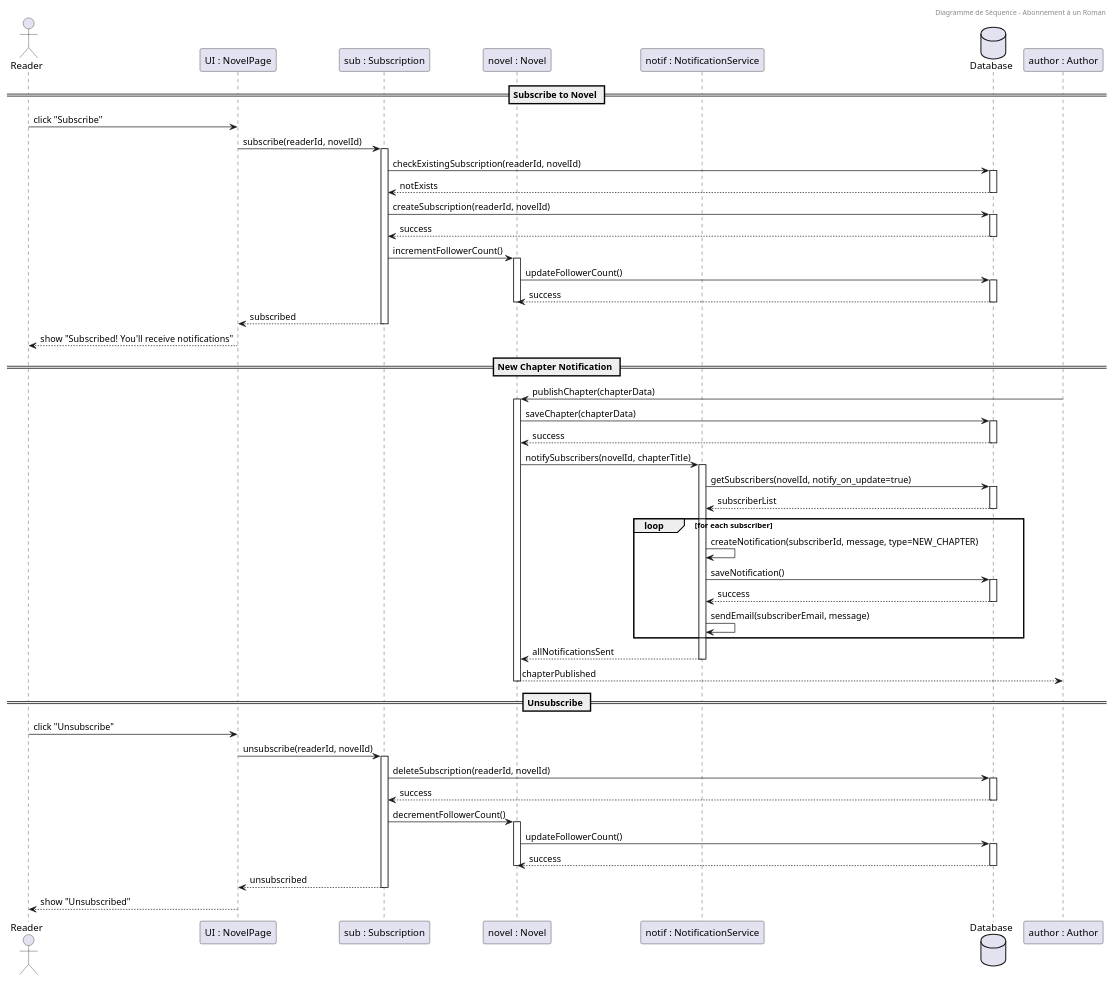
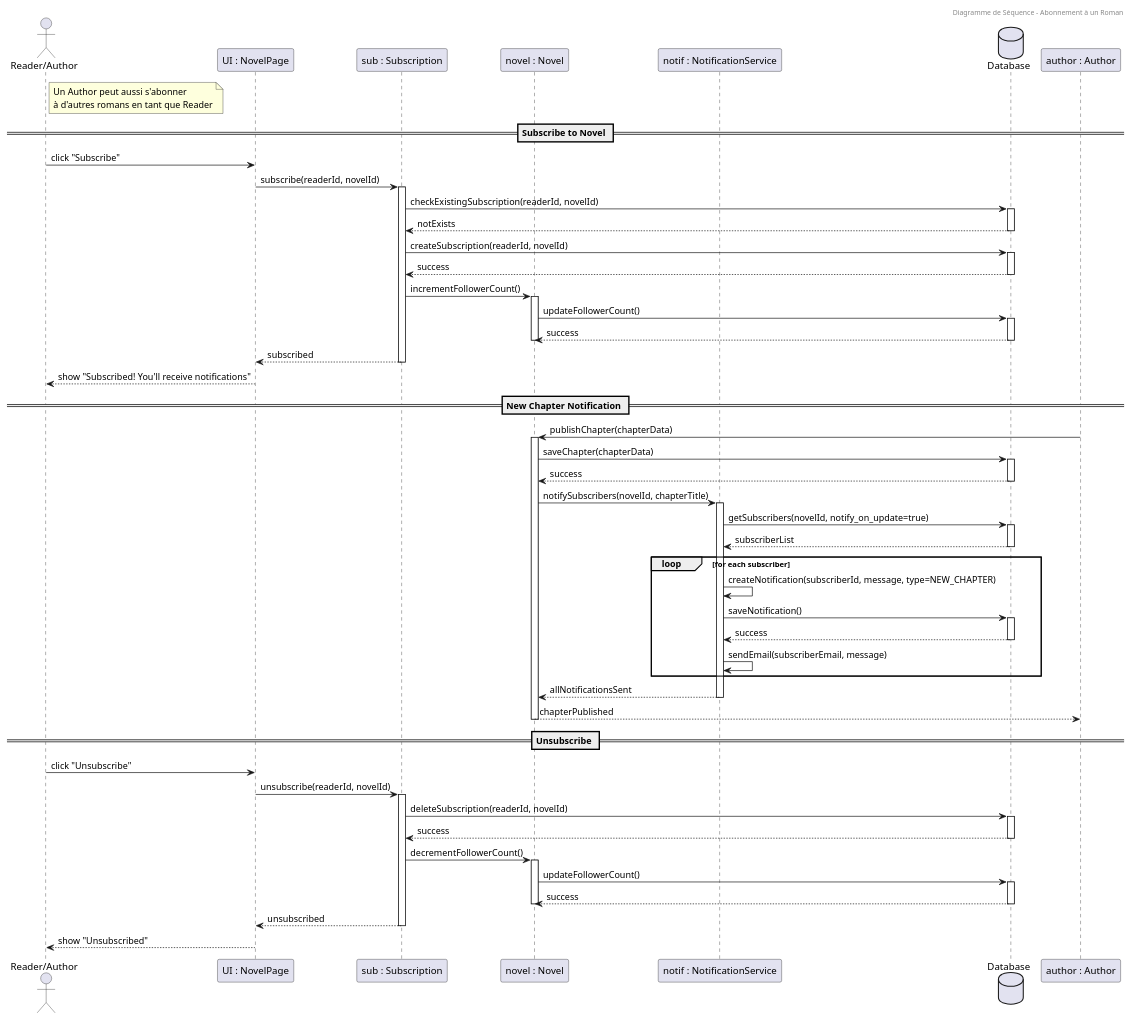
Before and after one commit to matthieuzajac/UML_project: the diagram in src/Sequence/subscription.wsd, drawn with PlantUML. The commit also changed 9 other files, not shown here.

Commit message:
Modify UML diagrams: Author inherits from Reader and simplify Use Case diagram

```diff
--- a/src/Sequence/subscription.wsd
+++ b/src/Sequence/subscription.wsd
@@ -1,94 +1,99 @@
 @startuml sequence diagram subscription
 header Diagramme de Séquence - Abonnement à un Roman
-actor Reader as R
+actor "Reader/Author" as R
 participant "UI : NovelPage" as UI
 participant "sub : Subscription" as SUB
 participant "novel : Novel" as N
 participant "notif : NotificationService" as NS
 database "Database" as DB
+
+note right of R
+  Un Author peut aussi s'abonner
+  à d'autres romans en tant que Reader
+end note
 
 == Subscribe to Novel ==
 R -> UI : click "Subscribe"
 UI -> SUB : subscribe(readerId, novelId)
 activate SUB
 
 SUB -> DB : checkExistingSubscription(readerId, novelId)
 activate DB
 DB --> SUB : notExists
 deactivate DB
 
 SUB -> DB : createSubscription(readerId, novelId)
 activate DB
 DB --> SUB : success
 deactivate DB
 
 SUB -> N : incrementFollowerCount()
 activate N
 N -> DB : updateFollowerCount()
 activate DB
 DB --> N : success
 deactivate DB
 deactivate N
 
 SUB --> UI : subscribed
 deactivate SUB
 UI --> R : show "Subscribed! You'll receive notifications"
 
 == New Chapter Notification ==
 participant "author : Author" as A
 
 A -> N : publishChapter(chapterData)
 activate N
 
 N -> DB : saveChapter(chapterData)
 activate DB
 DB --> N : success
 deactivate DB
 
 N -> NS : notifySubscribers(novelId, chapterTitle)
 activate NS
 
 NS -> DB : getSubscribers(novelId, notify_on_update=true)
 activate DB
 DB --> NS : subscriberList
 deactivate DB
 
 loop for each subscriber
     NS -> NS : createNotification(subscriberId, message, type=NEW_CHAPTER)
     NS -> DB : saveNotification()
     activate DB
     DB --> NS : success
     deactivate DB
     
     NS -> NS : sendEmail(subscriberEmail, message)
 end
 
 NS --> N : allNotificationsSent
 deactivate NS
 
 N --> A : chapterPublished
 deactivate N
 
 == Unsubscribe ==
 R -> UI : click "Unsubscribe"
 UI -> SUB : unsubscribe(readerId, novelId)
 activate SUB
 
 SUB -> DB : deleteSubscription(readerId, novelId)
 activate DB
 DB --> SUB : success
 deactivate DB
 
 SUB -> N : decrementFollowerCount()
 activate N
 N -> DB : updateFollowerCount()
 activate DB
 DB --> N : success
 deactivate DB
 deactivate N
 
 SUB --> UI : unsubscribed
 deactivate SUB
 UI --> R : show "Unsubscribed"
 
 @enduml
```
